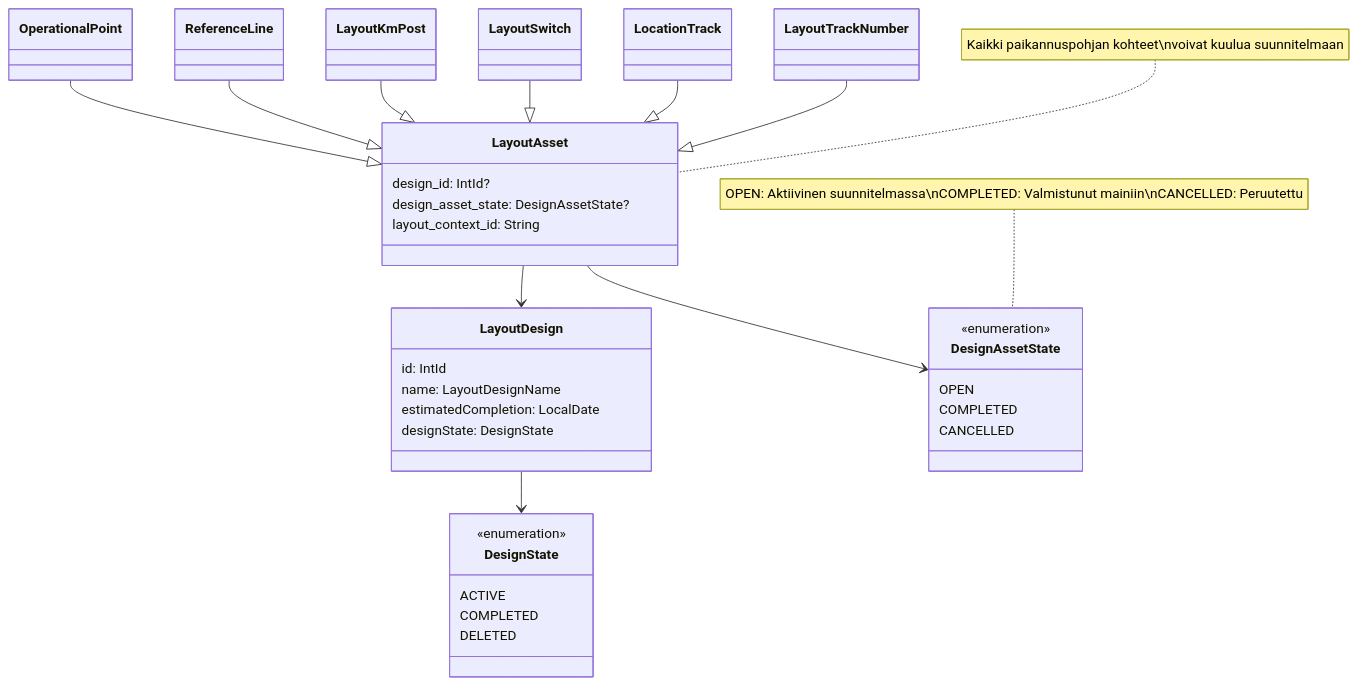
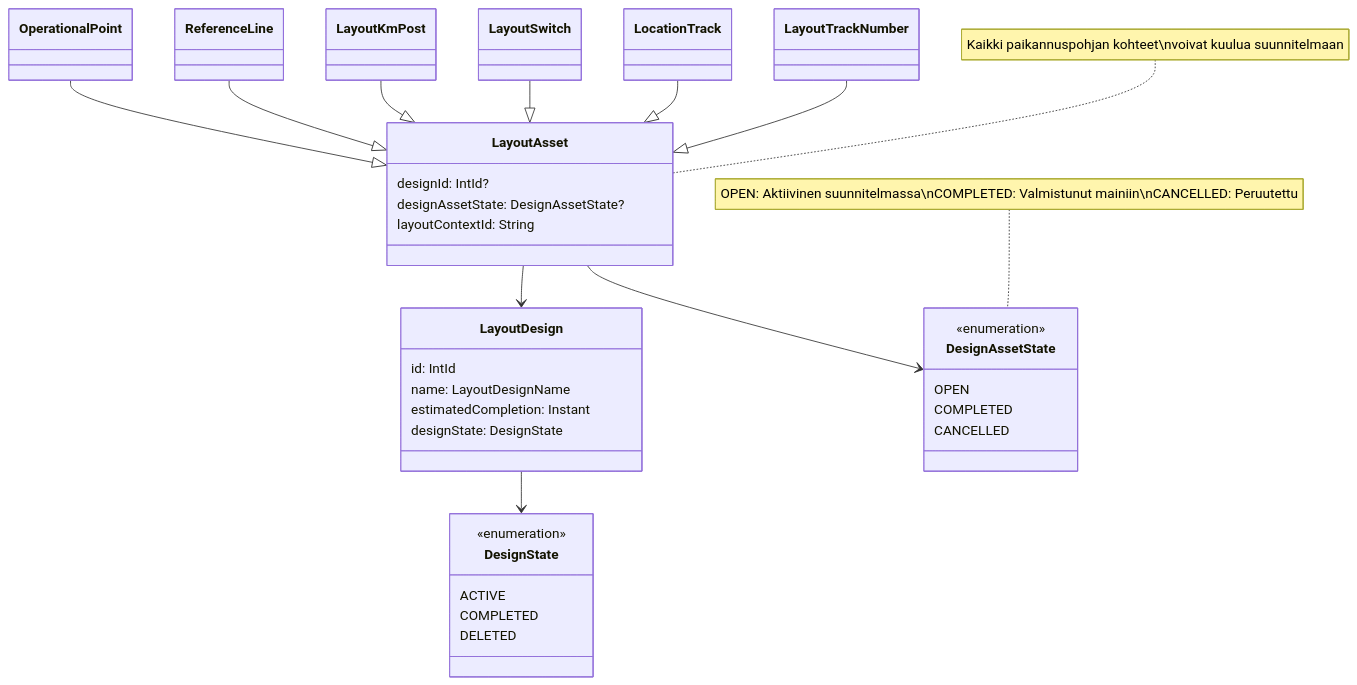
The third of 3 diagrams in doc/suunnitelmatila.md (finnishtransportagency/geoviite), drawn with Mermaid before and after one commit. The commit also changed other lines of this file and 1 other file, not shown here.

````diff
--- a/doc/suunnitelmatila.md
+++ b/doc/suunnitelmatila.md
@@ -123,50 +123,50 @@
 ```mermaid
 classDiagram
     class LayoutDesign {
         id: IntId
         name: LayoutDesignName
-        estimatedCompletion: LocalDate
+        estimatedCompletion: Instant
         designState: DesignState
     }
     
     class DesignState {
         <<enumeration>>
         ACTIVE
         COMPLETED
         DELETED
     }
     
     class DesignAssetState {
         <<enumeration>>
         OPEN
         COMPLETED
         CANCELLED
     }
     
     class LayoutAsset {
-        design_id: IntId?
-        design_asset_state: DesignAssetState?
-        layout_context_id: String
+        designId: IntId?
+        designAssetState: DesignAssetState?
+        layoutContextId: String
     }
     
     class LayoutTrackNumber
     class LocationTrack
     class LayoutSwitch
     class LayoutKmPost
     class ReferenceLine
     class OperationalPoint
     
     LayoutDesign --> DesignState
     LayoutAsset --> DesignAssetState
     LayoutAsset --> LayoutDesign
     
     LayoutTrackNumber --|> LayoutAsset
     LocationTrack --|> LayoutAsset
     LayoutSwitch --|> LayoutAsset
     LayoutKmPost --|> LayoutAsset
     ReferenceLine --|> LayoutAsset
     OperationalPoint --|> LayoutAsset
     
     note for LayoutAsset "Kaikki paikannuspohjan kohteet\nvoivat kuulua suunnitelmaan"
     note for DesignAssetState "OPEN: Aktiivinen suunnitelmassa\nCOMPLETED: Valmistunut mainiin\nCANCELLED: Peruutettu"
 ```
````
